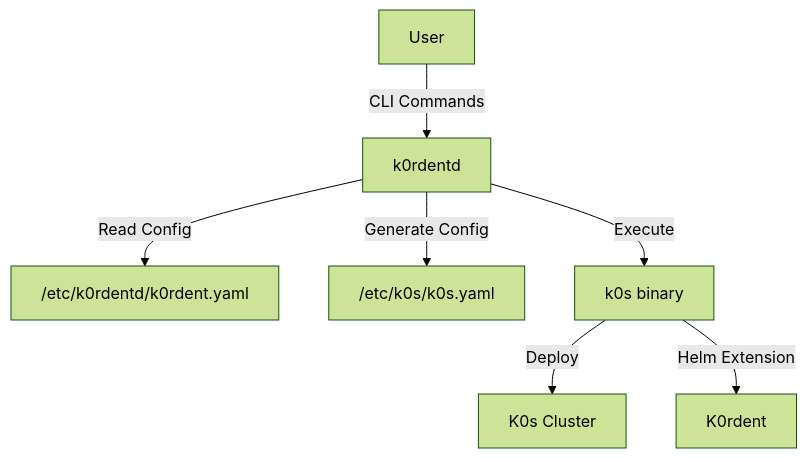
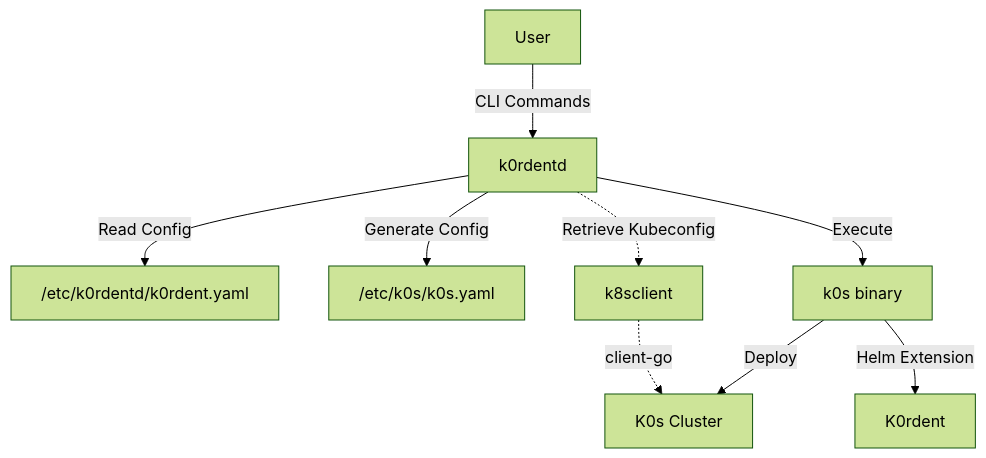
Before and after one commit to belgaied2/k0rdentd: the first of 2 diagrams in ARCHITECTURE.md, drawn with Mermaid (forest theme). The commit also changed other lines of this file and 8 other files, not shown here.

````diff
--- a/ARCHITECTURE.md
+++ b/ARCHITECTURE.md
@@ -9,9 +9,11 @@
 ```mermaid
 graph TD
     A[User] -->|CLI Commands| B[k0rdentd]
     B -->|Read Config| C["/etc/k0rdentd/k0rdent.yaml"]
     B -->|Generate Config| D["/etc/k0s/k0s.yaml"]
     B -->|Execute| E[k0s binary]
     E -->|Deploy| F[K0s Cluster]
     E -->|Helm Extension| G[K0rdent]
+    B -.->|Retrieve Kubeconfig| H[k8sclient]
+    H -.->|client-go| F
 ```
````
